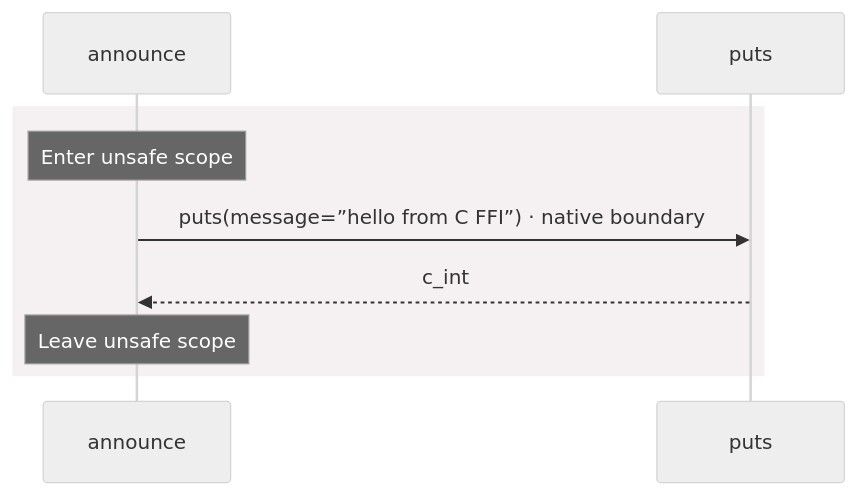
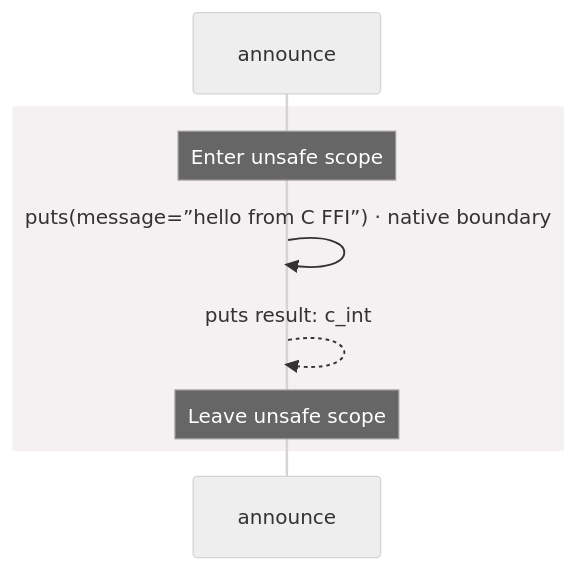
One commit to GreenPandaStudios/augscript changed the diagram in docs/examples/ffi/native-diagrams.md. Above: the diagram before and after it, drawn with Mermaid (neutral theme). The commit also changed other lines of this file and 304 other files, not shown here.

Commit message:
Make generated data-flow sequences concise and review every diagram

````diff
--- a/docs/examples/ffi/native-diagrams.md
+++ b/docs/examples/ffi/native-diagrams.md
@@ -47,11 +36,11 @@
 ```mermaid
 sequenceDiagram
     participant p0 as announce
-    participant p1 as puts
+
     rect rgb(245, 240, 241)
     Note over p0: Enter unsafe scope
-    p0->>p1: puts(message=”hello from C FFI”) · native boundary
-    p1-->>p0: c_int
+    p0->>p0: puts(message=”hello from C FFI”) · native boundary
+    p0-->>p0: puts result: c_int
     Note over p0: Leave unsafe scope
     end
 ```
````
